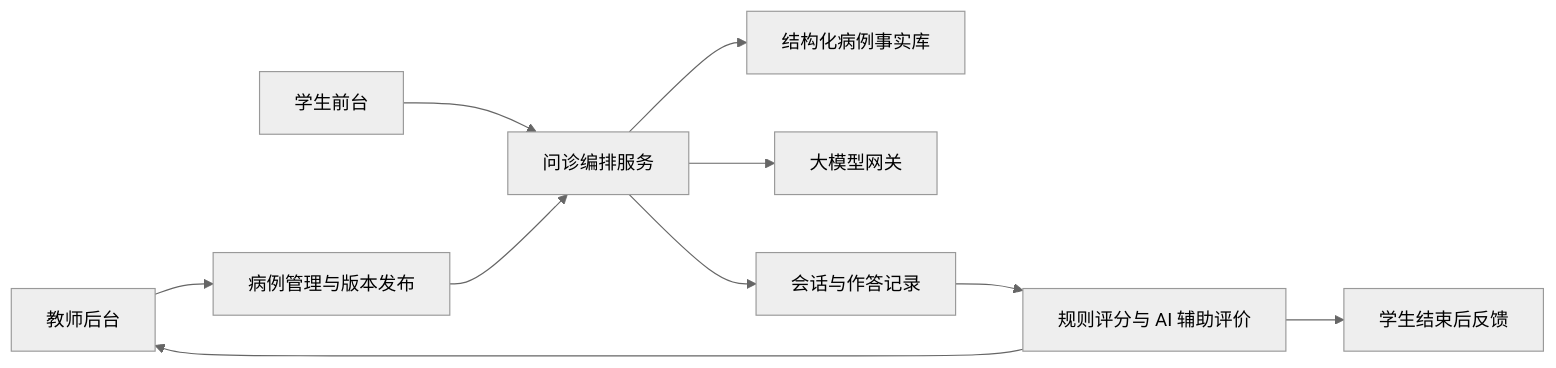
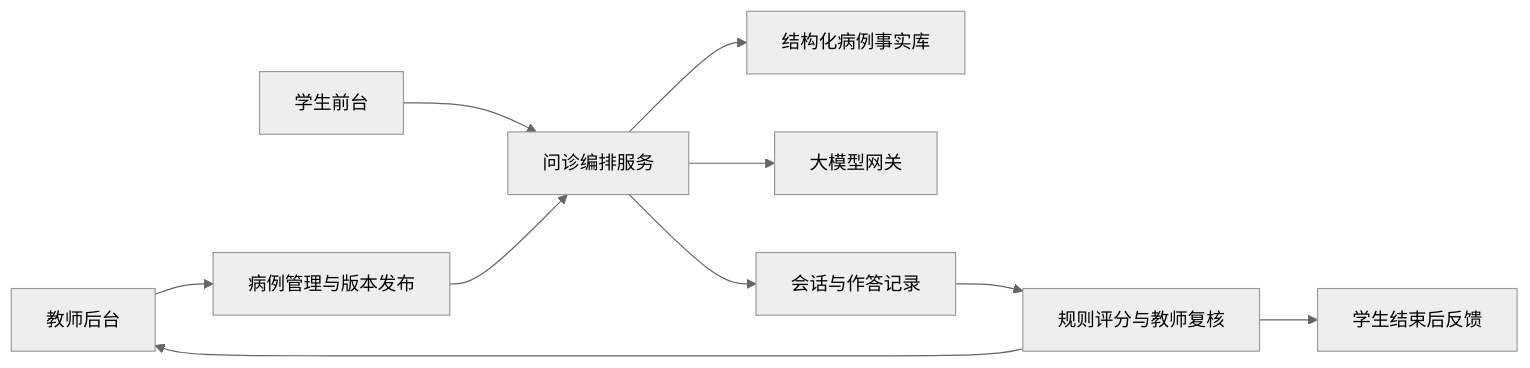
Before and after one commit to yuxiaofei93/oral-sp: the first of 3 diagrams in oral-clinic-ai-product-design.md, drawn with Mermaid (neutral theme). The commit also changed other lines of this file and 32 other files, not shown here.

````diff
--- a/oral-clinic-ai-product-design.md
+++ b/oral-clinic-ai-product-design.md
@@ -75,12 +75,12 @@
 ```mermaid
 flowchart LR
     T[教师后台] --> C[病例管理与版本发布]
     S[学生前台] --> O[问诊编排服务]
     C --> O
     O --> K[结构化病例事实库]
     O --> L[大模型网关]
     O --> R[会话与作答记录]
-    R --> E[规则评分与 AI 辅助评价]
+    R --> E[规则评分与教师复核]
     E --> T
     E --> F[学生结束后反馈]
 ```
````
